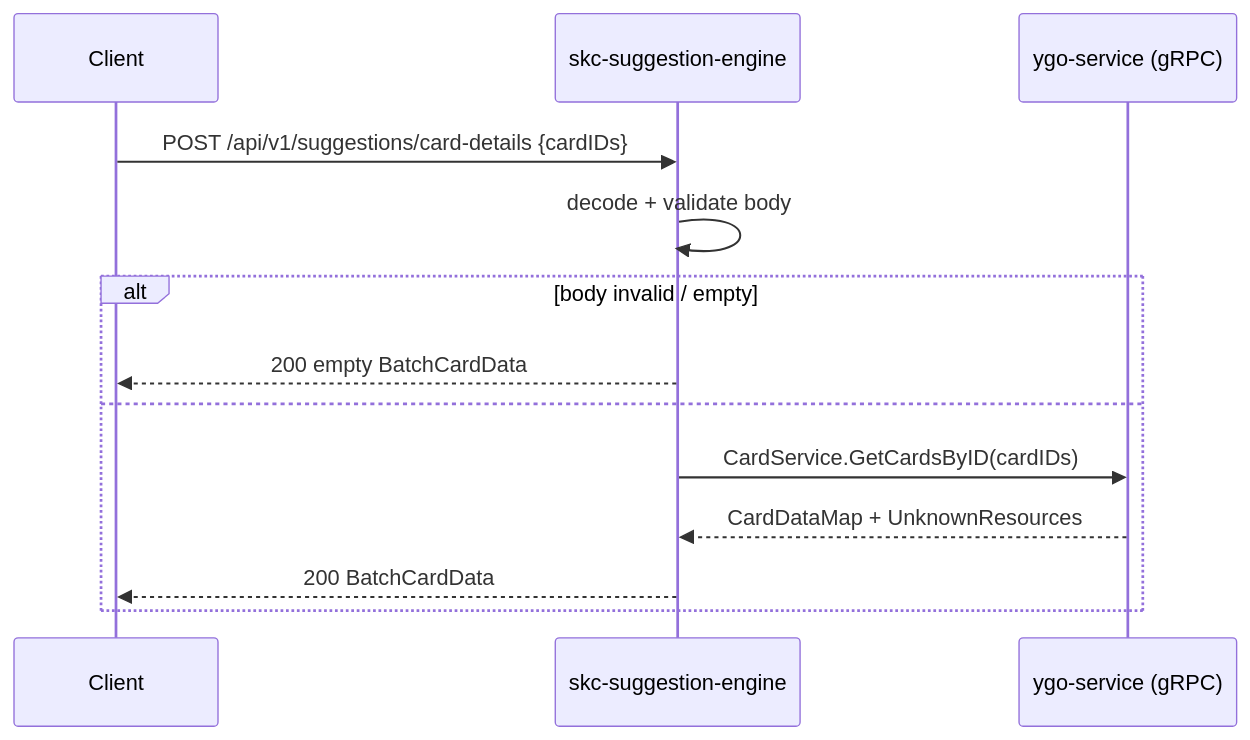
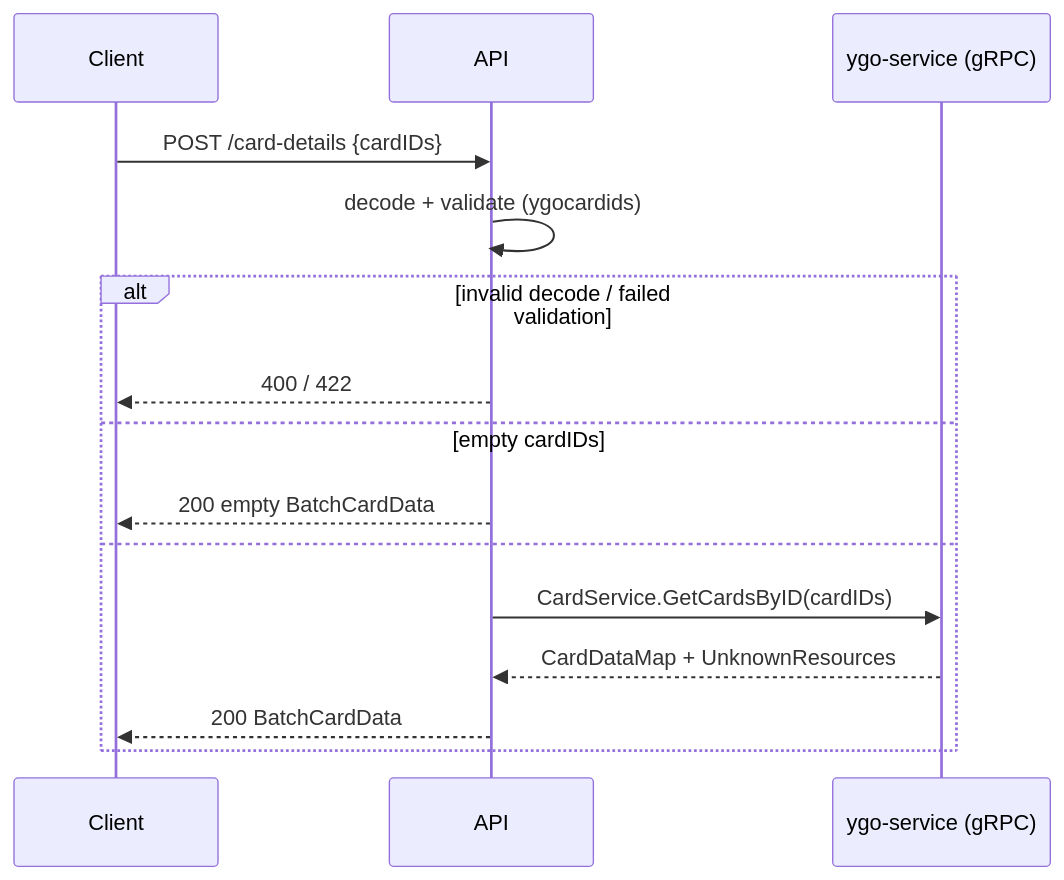
Before and after one commit to ygo-skc/skc-suggestion-engine: the second of 14 diagrams in SYSTEM_DESIGN.md, drawn with Mermaid. The commit also changed other lines of this file, not shown here.

````diff
--- a/SYSTEM_DESIGN.md
+++ b/SYSTEM_DESIGN.md
@@ -26,16 +186,18 @@
 ```mermaid
 sequenceDiagram
     participant Client
-    participant API as skc-suggestion-engine
+    participant API
     participant YGO as ygo-service (gRPC)
 
-    Client->>API: POST /api/v1/suggestions/card-details {cardIDs}
-    API->>API: decode + validate body
-    alt body invalid / empty
+    Client->>API: POST /card-details {cardIDs}
+    API->>API: decode + validate (ygocardids)
+    alt invalid decode / failed validation
+        API-->>Client: 400 / 422
+    else empty cardIDs
         API-->>Client: 200 empty BatchCardData
     else
         API->>YGO: CardService.GetCardsByID(cardIDs)
         YGO-->>API: CardDataMap + UnknownResources
         API-->>Client: 200 BatchCardData
     end
 ```
````
